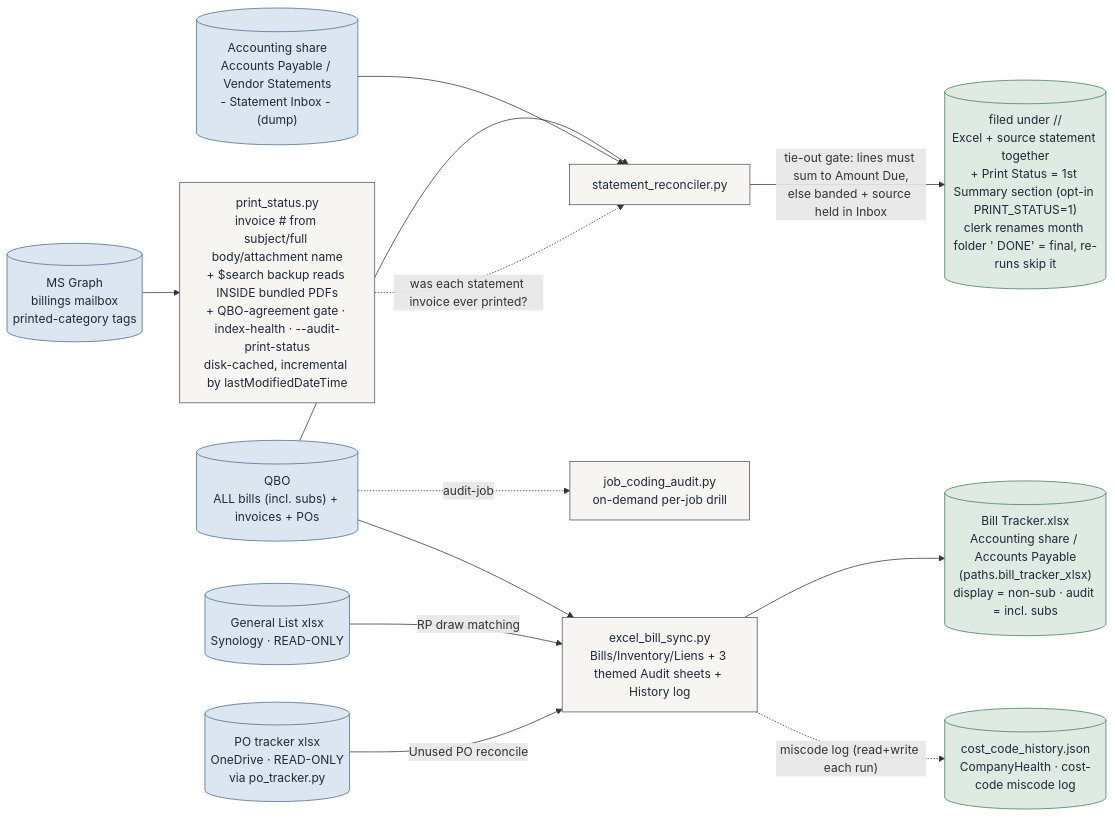
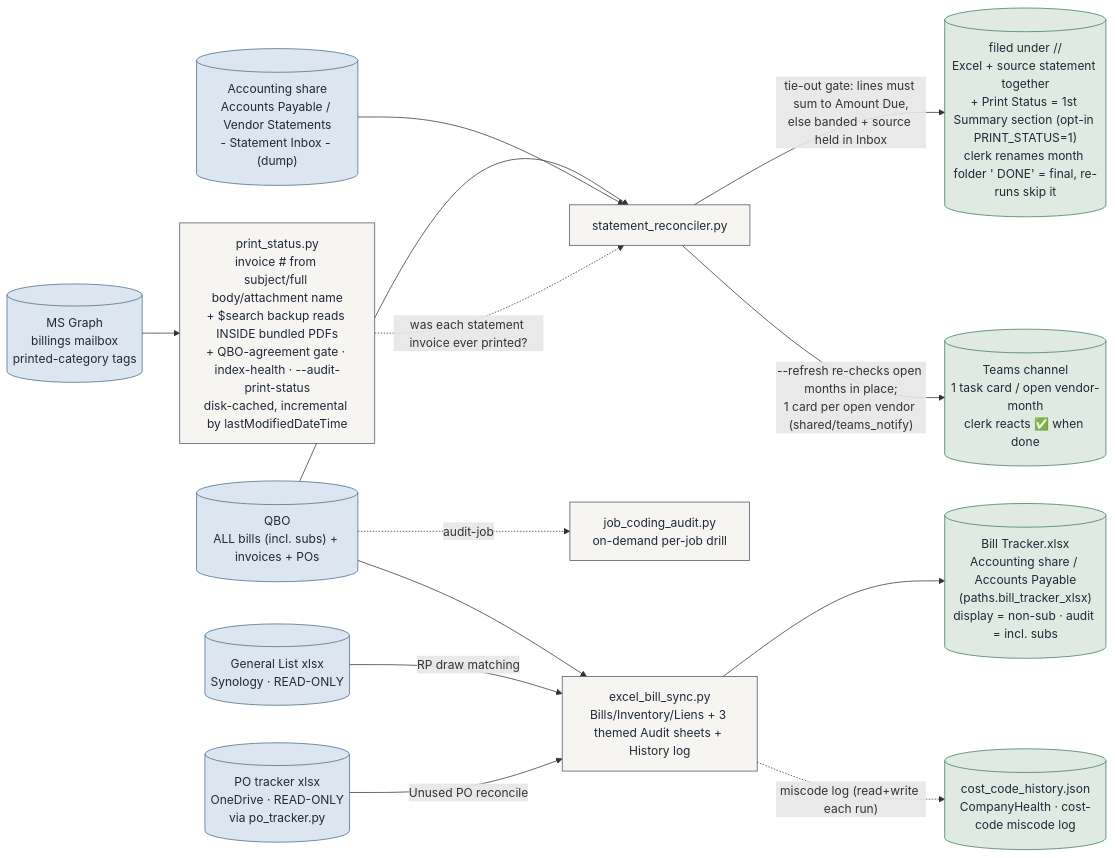
Before and after one commit to Ecarlo-Proficient/Claude-Report: the second of 6 diagrams in docs/ARCHITECTURE.md, drawn with Mermaid. The commit also changed 4 other files, not shown here.

First line of the commit message:
statement-reconciler: --refresh + per-vendor Teams task cards (the fix/refresh loop)

````diff
--- a/docs/ARCHITECTURE.md
+++ b/docs/ARCHITECTURE.md
@@ -222,28 +222,30 @@
 ```mermaid
 flowchart LR
     classDef src fill:#dbe6f0,stroke:#4A6B8A,color:#1f2937
     classDef tool fill:#f6f5f1,stroke:#4b5563,color:#1f2937
     classDef out fill:#dfeae2,stroke:#3E7A5C,color:#1f2937
 
     QBO[("QBO\nALL bills (incl. subs) + invoices + POs")]:::src
     NAS[("Accounting share\nAccounts Payable / Vendor Statements\n- Statement Inbox - (dump)")]:::src
     GL[("General List xlsx\nSynology · READ-ONLY")]:::src
     POT[("PO tracker xlsx\nOneDrive · READ-ONLY\nvia po_tracker.py")]:::src
     MBX[("MS Graph\nbillings mailbox\nprinted-category tags")]:::src
     BT["excel_bill_sync.py\nBills/Inventory/Liens + 3 themed Audit sheets + History log"]:::tool
     JCA["job_coding_audit.py\non-demand per-job drill"]:::tool
     SR["statement_reconciler.py"]:::tool
     PS["print_status.py\ninvoice # from subject/full body/attachment name\n+ $search backup reads INSIDE bundled PDFs\n+ QBO-agreement gate · index-health · --audit-print-status\ndisk-cached, incremental by lastModifiedDateTime"]:::tool
     BX[("Bill Tracker.xlsx\nAccounting share / Accounts Payable\n(paths.bill_tracker_xlsx)\ndisplay = non-sub · audit = incl. subs")]:::out
     CCH[("cost_code_history.json\nCompanyHealth · cost-code miscode log")]:::out
     RX[("filed under <Vendor>/<MM-YYYY>/\nExcel + source statement together\n+ Print Status = 1st Summary section (opt-in PRINT_STATUS=1)\nclerk renames month folder '<MM-YYYY> DONE' = final, re-runs skip it")]:::out
+    TEAMS[("Teams channel\n1 task card / open vendor-month\nclerk reacts ✅ when done")]:::out
 
     QBO --> BT --> BX
     BT -. "miscode log (read+write each run)" .-> CCH
     QBO -. "audit-job" .-> JCA
     GL -- "RP draw matching" --> BT
     POT -- "Unused PO reconcile" --> BT
     QBO --> SR
     NAS --> SR -- "tie-out gate: lines must sum to Amount Due,\nelse banded + source held in Inbox" --> RX
+    SR -- "--refresh re-checks open months in place;\n1 card per open vendor (shared/teams_notify)" --> TEAMS
     MBX --> PS -. "was each statement invoice ever printed?" .-> SR
 ```
````
